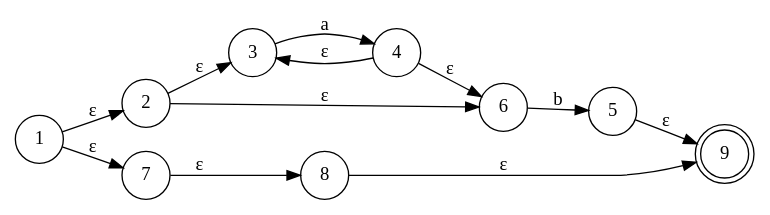
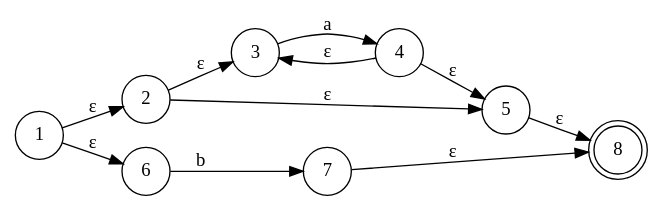
One commit to josepablito16/Regex-Engine changed the diagram in Entrega final/fsm.gv. Above: the diagram before and after it, drawn with Graphviz. The commit also changed 4 other files, not shown here.

```diff
--- a/Entrega final/fsm.gv
+++ b/Entrega final/fsm.gv
@@ -1,17 +1,16 @@
 digraph finite_state_machine {
 	rankdir=LR size="8,5"
 	node [shape=doublecircle]
-	9
+	8
 	node [shape=circle]
 	1 -> 2 [label="ε"]
-	1 -> 7 [label="ε"]
+	1 -> 6 [label="ε"]
+	6 -> 7 [label=b]
 	7 -> 8 [label="ε"]
-	8 -> 9 [label="ε"]
 	2 -> 3 [label="ε"]
-	2 -> 6 [label="ε"]
+	2 -> 5 [label="ε"]
 	3 -> 4 [label=a]
 	4 -> 3 [label="ε"]
-	4 -> 6 [label="ε"]
-	5 -> 9 [label="ε"]
-	6 -> 5 [label=b]
+	4 -> 5 [label="ε"]
+	5 -> 8 [label="ε"]
 }
```
